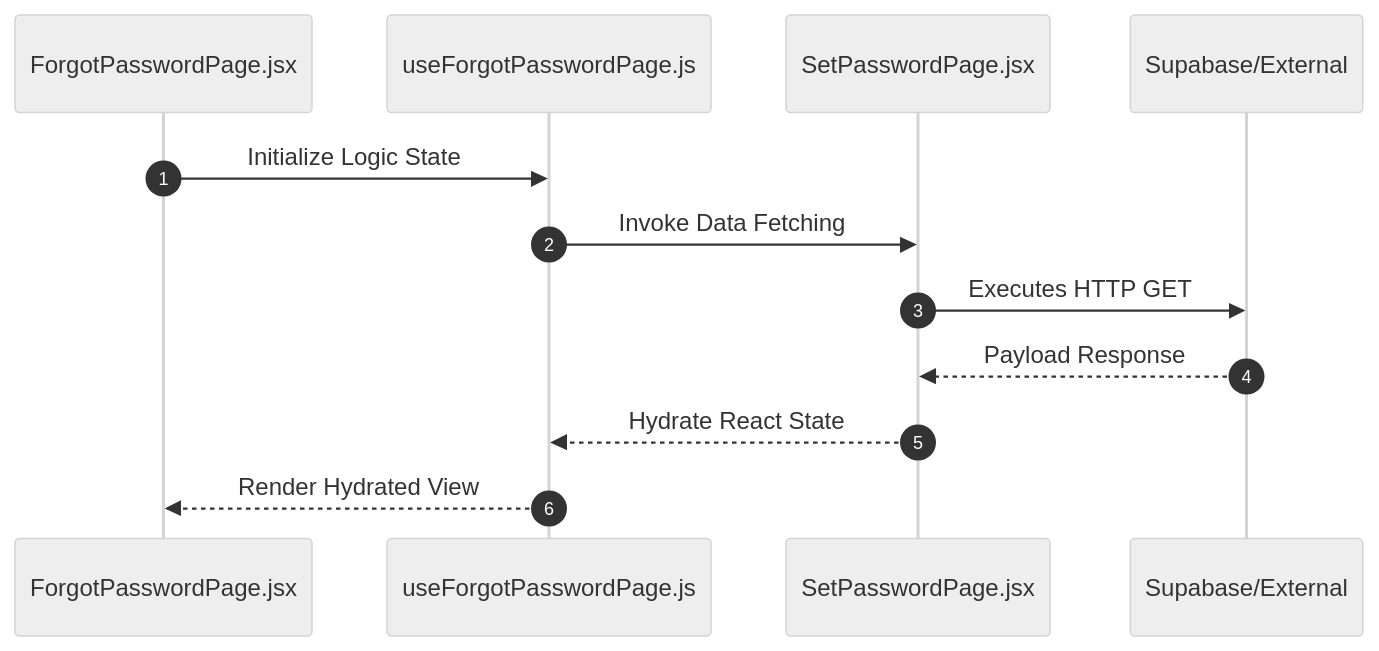
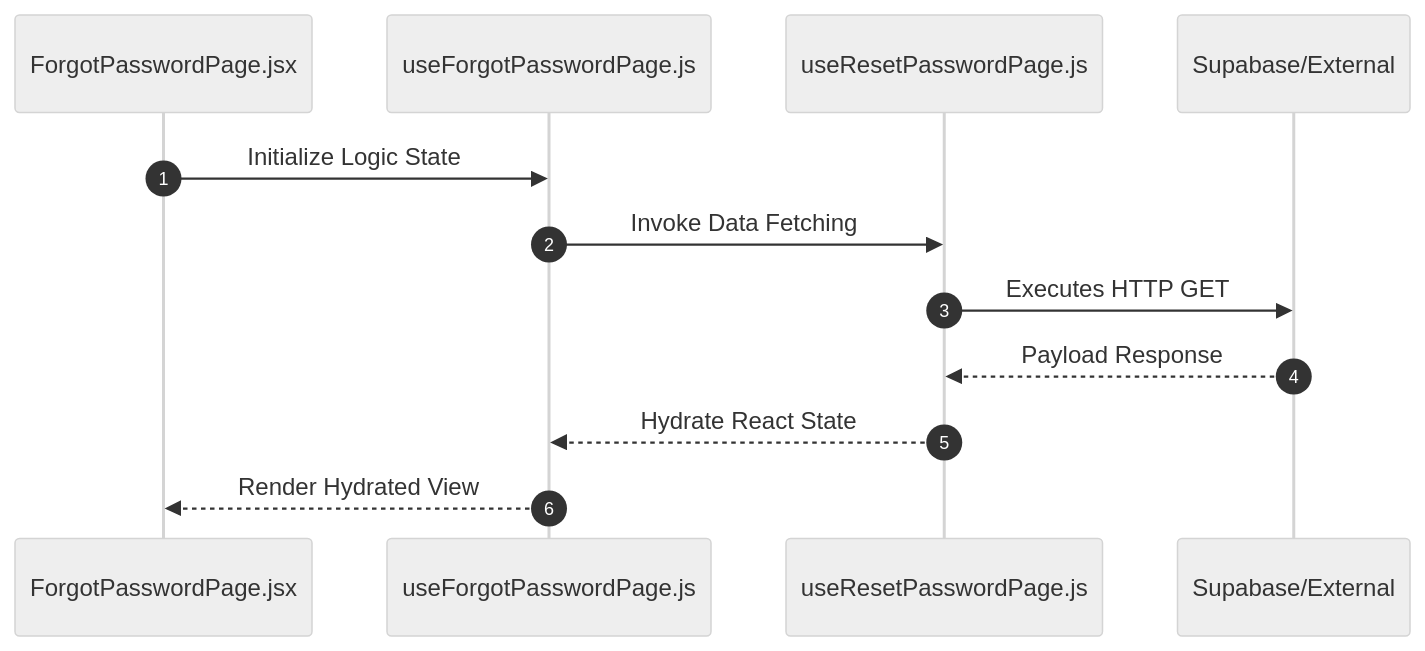
One commit to nexowebai/nexo-superadmin changed the second of 2 diagrams in src/features/auth/README.md. Above: the diagram before and after it, drawn with Mermaid (neutral theme). The commit also changed other lines of this file and 142 other files, not shown here.

Commit message:
feat: implement auth context and password reset workflow with organization management features

````diff
--- a/src/features/auth/README.md
+++ b/src/features/auth/README.md
@@ -50,15 +62,15 @@
 ```mermaid
 sequenceDiagram
 autonumber
     participant P as ForgotPasswordPage.jsx
     participant H as useForgotPasswordPage.js
-    participant S as SetPasswordPage.jsx
+    participant S as useResetPasswordPage.js
     participant API as Supabase/External
 
     P->>H: Initialize Logic State
     H->>S: Invoke Data Fetching
     S->>API: Executes HTTP GET
     API-->>S: Payload Response
     S-->>H: Hydrate React State
     H-->>P: Render Hydrated View
 ```
````
